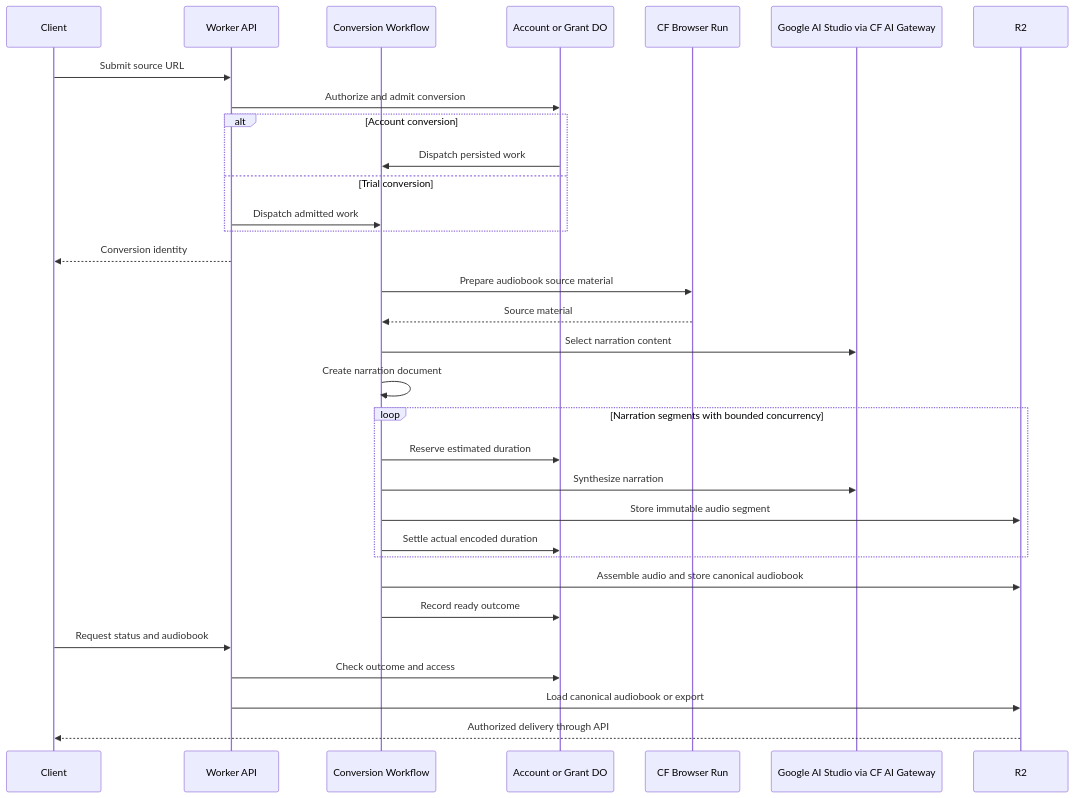
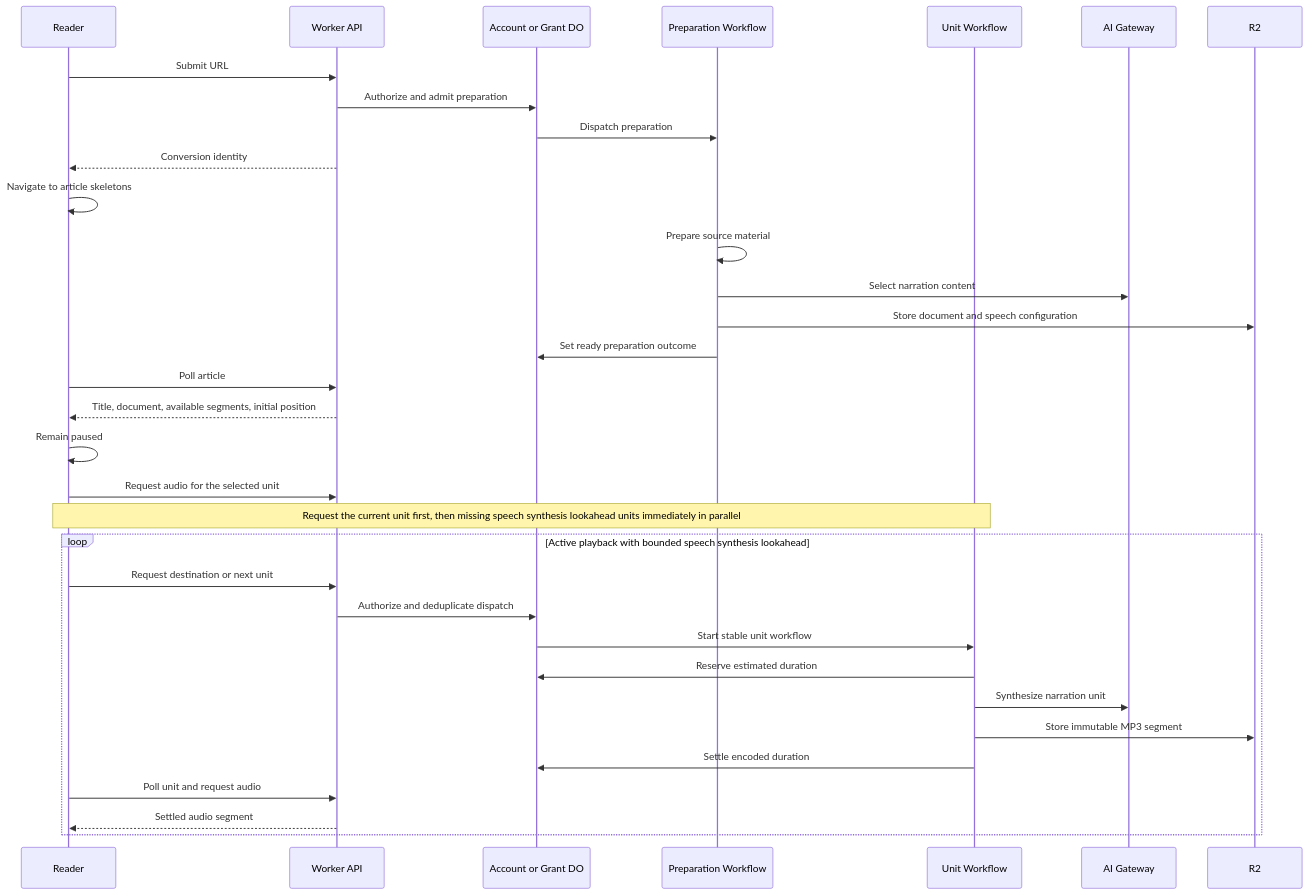
One commit to patricktree/cup changed the diagram in docs/architecture/conversion.md. Above: the diagram before and after it, drawn with Mermaid. The commit also changed other lines of this file and 148 other files, not shown here.

First line of the commit message:
feat(playback)!: prepare articles before progressive speech synthesis

````diff
--- a/docs/architecture/conversion.md
+++ b/docs/architecture/conversion.md
@@ -5,34 +7,35 @@
 ```mermaid
 sequenceDiagram
-    participant Client
+    participant Client as Reader
     participant API as Worker API
-    participant Workflow as Conversion Workflow
     participant Owner as Account or Grant DO
-    participant Browser as CF Browser Run
-    participant AI as Google AI Studio via CF AI Gateway
+    participant Preparation as Preparation Workflow
+    participant Unit as Unit Workflow
+    participant AI as AI Gateway
     participant R2
-    Client->>API: Submit source URL
-    API->>Owner: Authorize and admit conversion
-    alt Account conversion
-        Owner->>Workflow: Dispatch persisted work
-    else Trial conversion
-        API->>Workflow: Dispatch admitted work
+    Client->>API: Submit URL
+    API->>Owner: Authorize and admit preparation
+    Owner->>Preparation: Dispatch preparation
+    API-->>Client: Conversion identity
+    Client->>Client: Navigate to article skeletons
+    Preparation->>Preparation: Prepare source material
+    Preparation->>AI: Select narration content
+    Preparation->>R2: Store document and speech configuration
+    Preparation->>Owner: Set ready preparation outcome
+    Client->>API: Poll article
+    API-->>Client: Title, document, available segments, initial position
+    Client->>Client: Remain paused
+    Client->>API: Request audio for the selected unit
+    Note over Client,Unit: Request the current unit first, then missing speech synthesis lookahead units immediately in parallel
+    loop Active playback with bounded speech synthesis lookahead
+        Client->>API: Request destination or next unit
+        API->>Owner: Authorize and deduplicate dispatch
+        Owner->>Unit: Start stable unit workflow
+        Unit->>Owner: Reserve estimated duration
+        Unit->>AI: Synthesize narration unit
+        Unit->>R2: Store immutable MP3 segment
+        Unit->>Owner: Settle encoded duration
+        Client->>API: Poll unit and request audio
+        API-->>Client: Settled audio segment
     end
-    API-->>Client: Conversion identity
-    Workflow->>Browser: Prepare audiobook source material
-    Browser-->>Workflow: Source material
-    Workflow->>AI: Select narration content
-    Workflow->>Workflow: Create narration document
-    loop Narration segments with bounded concurrency
-        Workflow->>Owner: Reserve estimated duration
-        Workflow->>AI: Synthesize narration
-        Workflow->>R2: Store immutable audio segment
-        Workflow->>Owner: Settle actual encoded duration
-    end
-    Workflow->>R2: Assemble audio and store canonical audiobook
-    Workflow->>Owner: Record ready outcome
-    Client->>API: Request status and audiobook
-    API->>Owner: Check outcome and access
-    API->>R2: Load canonical audiobook or export
-    R2-->>Client: Authorized delivery through API
 ```
````
